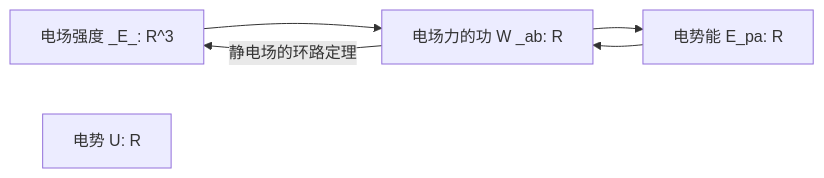
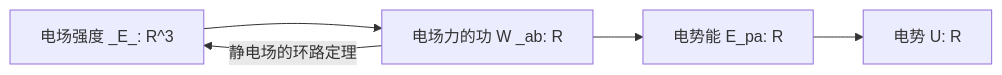
The diagram in docs/9/3.md (FleetingLore/dxwl), drawn with Mermaid before and after one commit.

````diff
--- a/docs/9/3.md
+++ b/docs/9/3.md
@@ -3,13 +3,13 @@
 ```mermaid
 graph LR
 E[电场强度 _E_: R^3]
 W[电场力的功 W _ab: R]
 E --> W
 W --> |静电场的环路定理| E
 
 Epa[电势能 E_pa: R]
 W --> Epa
 
 U[电势 U: R]
-Epa --> W
+Epa --> U
 ```
````
